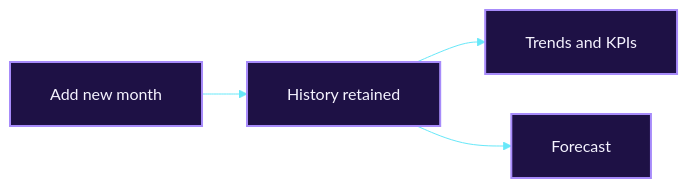
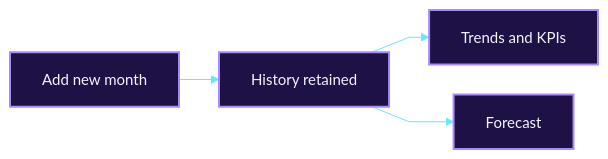
Before and after one commit to Mansi232323/MANSHORA: the eighth of 17 diagrams in README.md, drawn with Mermaid. The commit also changed other lines of this file, not shown here.

````diff
--- a/README.md
+++ b/README.md
@@ -222,9 +315,9 @@
 ```mermaid
-%%{init: {'theme':'base','themeVariables':{'fontSize':'16px','fontFamily':'Arial, Helvetica, sans-serif','lineColor':'#67e8f9'},'flowchart':{'htmlLabels':true,'nodeSpacing':40,'rankSpacing':45,'padding':20,'wrappingWidth':260}}}%%
+%%{init: {'theme':'base','themeVariables':{'fontSize':'15px','fontFamily':'Arial, Helvetica, sans-serif','primaryColor':'#1e1145','primaryTextColor':'#f5f3ff','primaryBorderColor':'#a78bfa','lineColor':'#67e8f9','textColor':'#f5f3ff','edgeLabelBackground':'#1e1145'},'flowchart':{'htmlLabels':true,'nodeSpacing':30,'rankSpacing':40,'padding':16,'curve':'linear'}}}%%
 flowchart LR
     M["Add new month"] --> H["History retained"]
     H --> T["Trends and KPIs"]
     H --> F["Forecast"]
     classDef a fill:#1e1145,stroke:#a78bfa,stroke-width:2px,color:#f5f3ff
     class M,H,T,F a
 ```
````
